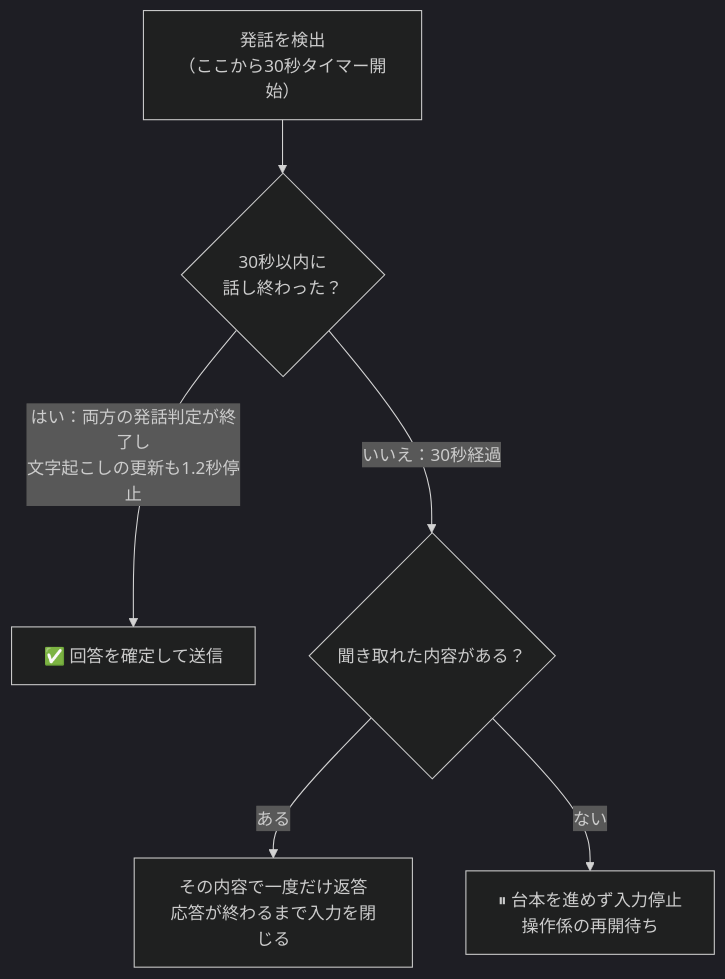
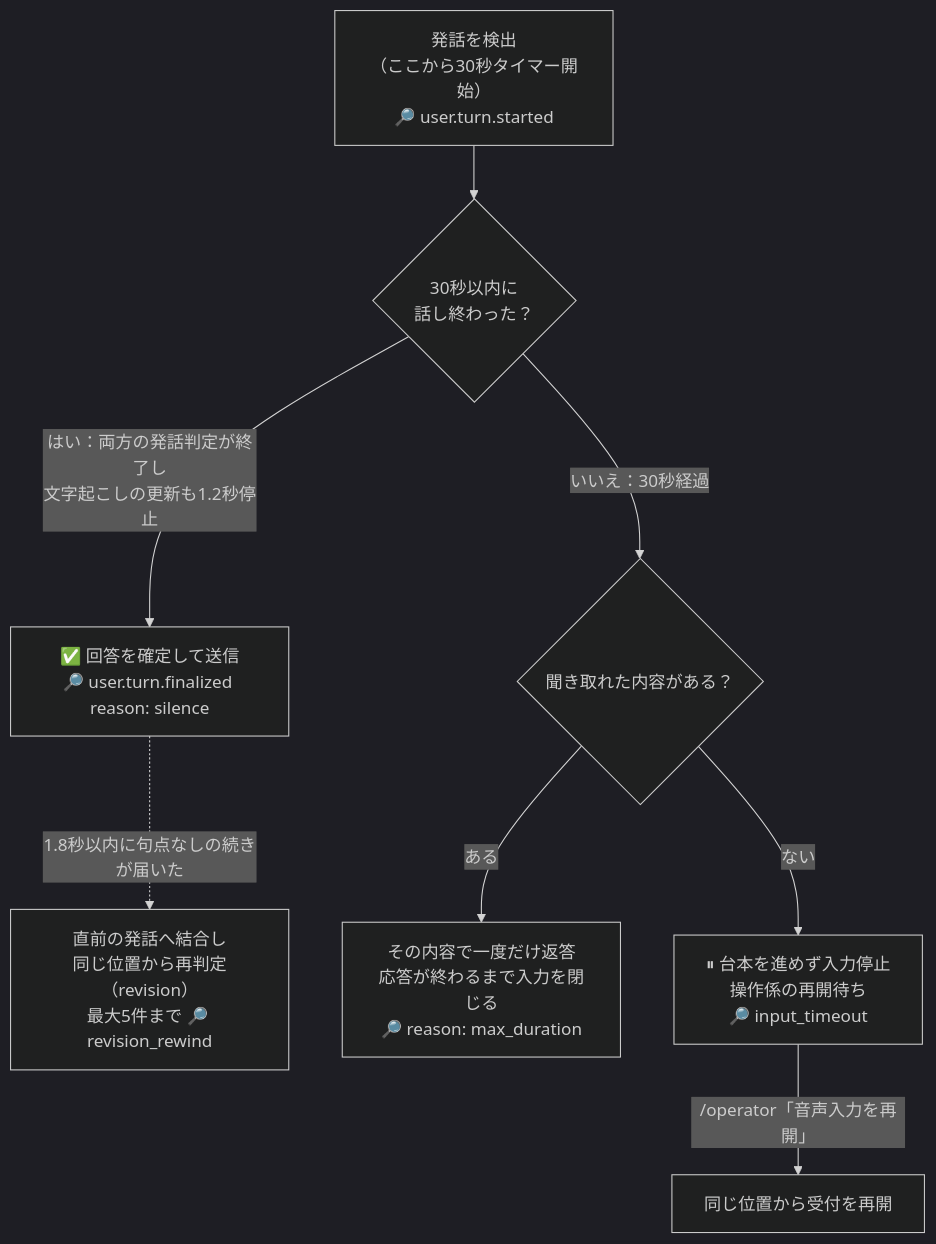
The third of 3 diagrams in README.md (Kohei-Arita/yamamoto-avatar-scenario), drawn with Mermaid (dark theme) before and after one commit. The commit also changed other lines of this file and 2 other files, not shown here.

````diff
--- a/README.md
+++ b/README.md
@@ -158,8 +166,10 @@
 ```mermaid
 flowchart TD
-  S["発話を検出<br/>（ここから30秒タイマー開始）"] --> C{"30秒以内に<br/>話し終わった？"}
-  C -->|"はい：両方の発話判定が終了し<br/>文字起こしの更新も1.2秒停止"| R["✅ 回答を確定して送信"]
+  S["発話を検出<br/>（ここから30秒タイマー開始）<br/>🔎 user.turn.started"] --> C{"30秒以内に<br/>話し終わった？"}
+  C -->|"はい：両方の発話判定が終了し<br/>文字起こしの更新も1.2秒停止"| R["✅ 回答を確定して送信<br/>🔎 user.turn.finalized reason: silence"]
+  R -. "1.8秒以内に句点なしの続きが届いた" .-> RV["直前の発話へ結合し<br/>同じ位置から再判定（revision）<br/>最大5件まで 🔎 revision_rewind"]
   C -->|"いいえ：30秒経過"| T{"聞き取れた内容がある？"}
-  T -->|ある| R2["その内容で一度だけ返答<br/>応答が終わるまで入力を閉じる"]
-  T -->|ない| P["⏸ 台本を進めず入力停止<br/>操作係の再開待ち"]
+  T -->|ある| R2["その内容で一度だけ返答<br/>応答が終わるまで入力を閉じる<br/>🔎 reason: max_duration"]
+  T -->|ない| P["⏸ 台本を進めず入力停止<br/>操作係の再開待ち<br/>🔎 input_timeout"]
+  P -->|"/operator「音声入力を再開」"| S0["同じ位置から受付を再開"]
 ```
````
